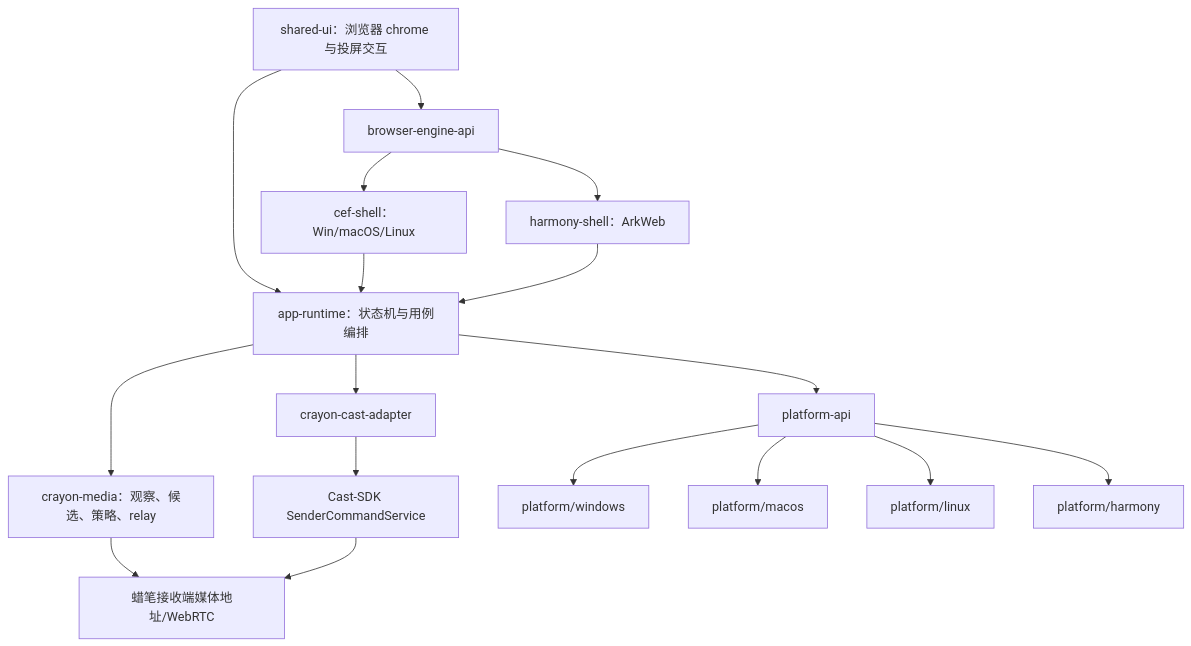
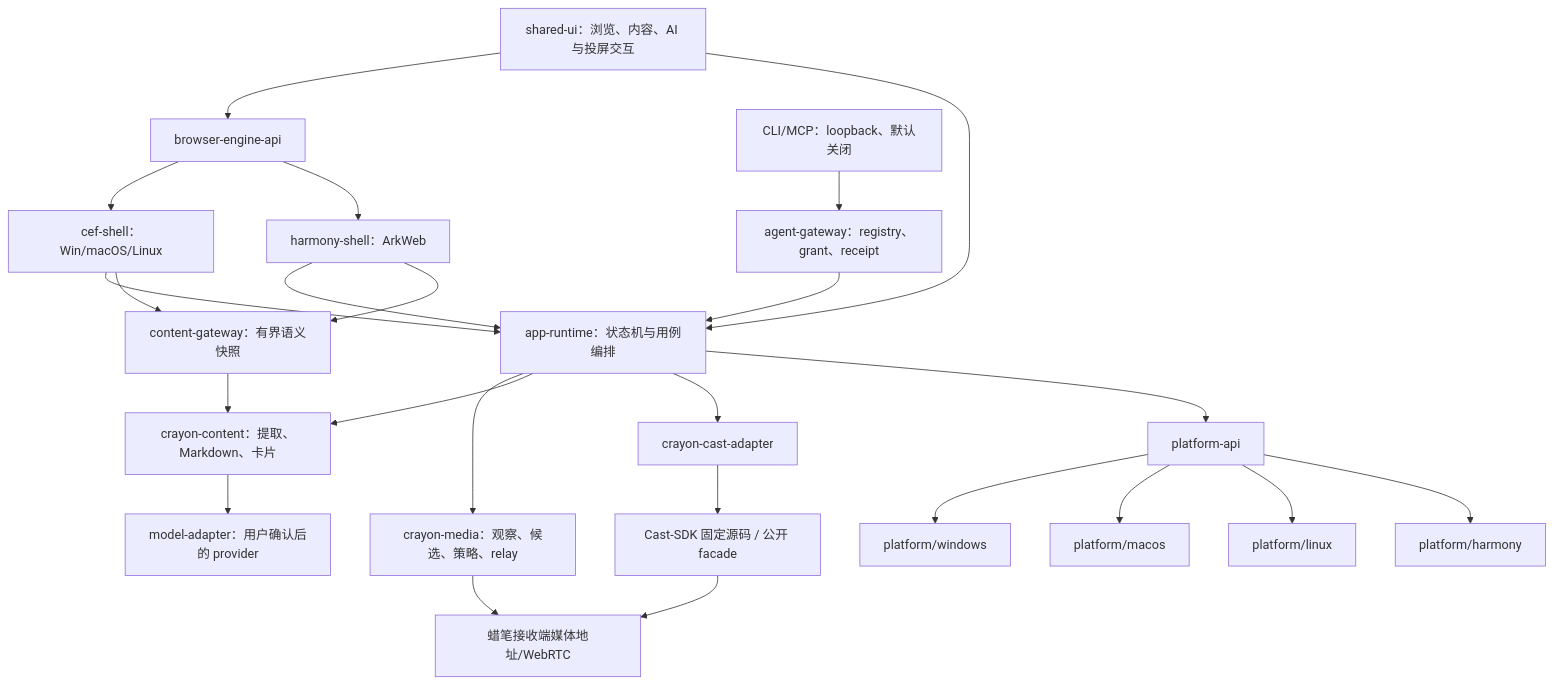
The diagram in docs/current/architecture.md (shenyingjun5/crayon-browser), drawn with Mermaid before and after one commit. The commit also changed other lines of this file and 16 other files, not shown here.

Commit message:
docs: 产品定位升级 v0.4——AI 投屏浏览器与 CNT/AGT Roadmap

````diff
--- a/docs/current/architecture.md
+++ b/docs/current/architecture.md
@@ -7,19 +7,26 @@
 ```mermaid
 flowchart TB
-    UI["shared-ui：浏览器 chrome 与投屏交互"] --> ENGINE["browser-engine-api"]
+    UI["shared-ui：浏览、内容、AI 与投屏交互"] --> ENGINE["browser-engine-api"]
     ENGINE --> CEF["cef-shell：Win/macOS/Linux"]
     ENGINE --> ARK["harmony-shell：ArkWeb"]
     UI --> APP["app-runtime：状态机与用例编排"]
     CEF --> APP
     ARK --> APP
     APP --> MEDIA["crayon-media：观察、候选、策略、relay"]
+    CEF --> SNAP["content-gateway：有界语义快照"]
+    ARK --> SNAP
+    SNAP --> CONTENT["crayon-content：提取、Markdown、卡片"]
+    APP --> CONTENT
+    CONTENT --> MODEL["model-adapter：用户确认后的 provider"]
+    AGENT["CLI/MCP：loopback、默认关闭"] --> GATE["agent-gateway：registry、grant、receipt"]
+    GATE --> APP
     APP --> CAST["crayon-cast-adapter"]
-    CAST --> SDK["Cast-SDK SenderCommandService"]
+    CAST --> SDK["Cast-SDK 固定源码 / 公开 facade"]
     APP --> PLATFORM["platform-api"]
     PLATFORM --> WIN["platform/windows"]
     PLATFORM --> MAC["platform/macos"]
     PLATFORM --> LNX["platform/linux"]
     PLATFORM --> HM["platform/harmony"]
     MEDIA --> RECEIVER["蜡笔接收端媒体地址/WebRTC"]
     SDK --> RECEIVER
 ```
````
